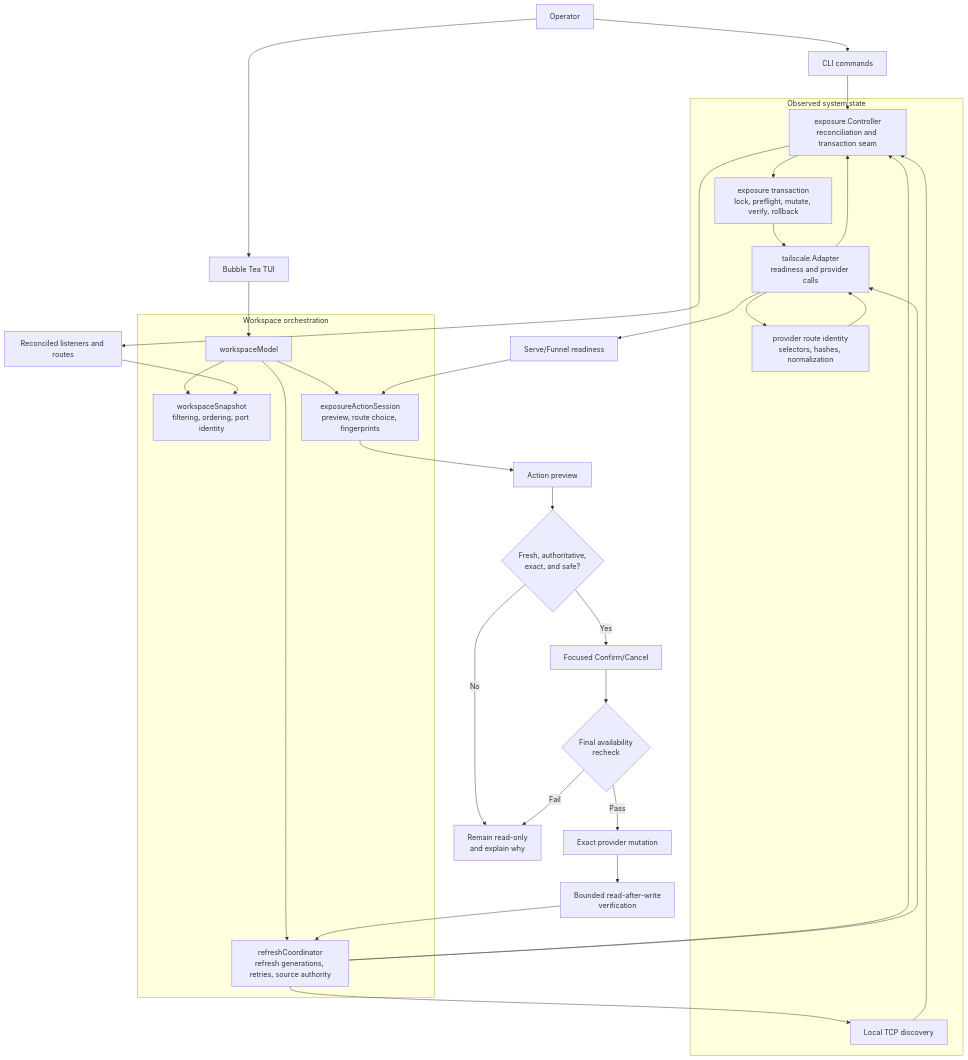
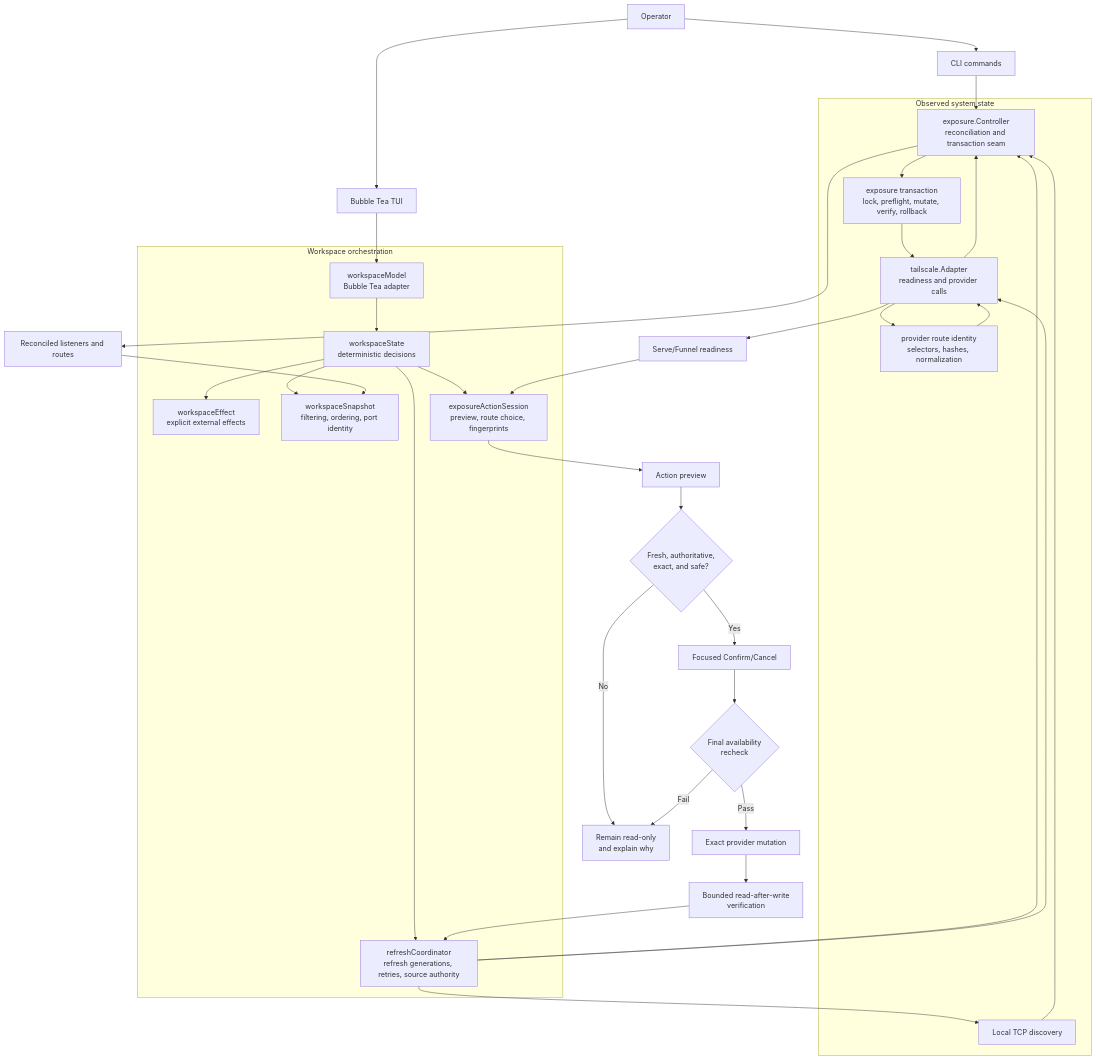
The second of 2 diagrams in docs/architecture.md (arrokh/tailge), drawn with Mermaid before and after one commit. The commit also changed other lines of this file and 7 other files, not shown here.

````diff
--- a/docs/architecture.md
+++ b/docs/architecture.md
@@ -65,54 +70,58 @@
 ```mermaid
 flowchart TD
     Operator[Operator]
     CLI[CLI commands]
     TUI[Bubble Tea TUI]
 
     Operator --> CLI
     Operator --> TUI
 
     subgraph Workspace[Workspace orchestration]
-        Model[workspaceModel]
+        Model[workspaceModel<br/>Bubble Tea adapter]
+        State[workspaceState<br/>deterministic decisions]
+        Effects[workspaceEffect<br/>explicit external effects]
         Refresh[refreshCoordinator<br/>refresh generations, retries, source authority]
         Snapshot[workspaceSnapshot<br/>filtering, ordering, port identity]
         Action[exposureActionSession<br/>preview, route choice, fingerprints]
     end
 
     TUI --> Model
-    Model --> Refresh
-    Model --> Snapshot
-    Model --> Action
+    Model --> State
+    State --> Effects
+    State --> Refresh
+    State --> Snapshot
+    State --> Action
 
     subgraph Sources[Observed system state]
         Discovery[Local TCP discovery]
         Controller[exposure.Controller<br/>reconciliation and transaction seam]
         Transaction[exposure transaction<br/>lock, preflight, mutate, verify, rollback]
         Adapter[tailscale.Adapter<br/>readiness and provider calls]
         Identity[provider route identity<br/>selectors, hashes, normalization]
     end
 
     CLI --> Controller
     Refresh --> Discovery
     Refresh --> Controller
     Refresh --> Adapter
     Discovery --> Controller
     Adapter --> Identity
     Identity --> Adapter
     Controller --> Transaction
     Transaction --> Adapter
     Adapter --> Controller
     Controller --> Observations[Reconciled listeners and routes]
     Observations --> Snapshot
     Adapter --> Readiness[Serve/Funnel readiness]
     Readiness --> Action
 
     Action --> Preview[Action preview]
     Preview --> Gate{Fresh, authoritative,<br/>exact, and safe?}
     Gate -->|No| Block[Remain read-only<br/>and explain why]
     Gate -->|Yes| Confirm[Focused Confirm/Cancel]
     Confirm --> Recheck{Final availability<br/>recheck}
     Recheck -->|Fail| Block
     Recheck -->|Pass| Mutate[Exact provider mutation]
     Mutate --> Verify[Bounded read-after-write<br/>verification]
     Verify --> Refresh
 ```
````
